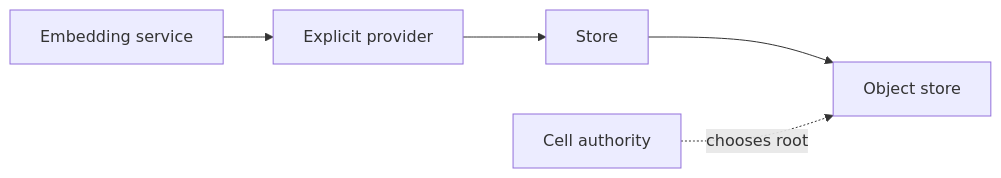
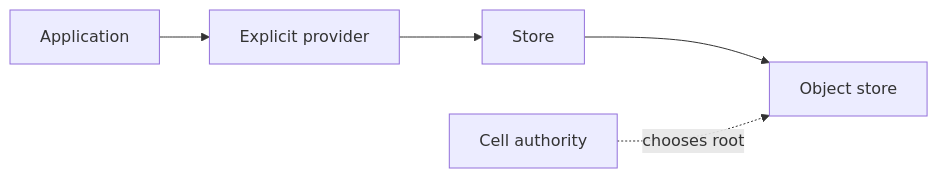
The diagram in crates/cellule-store/README.md (andypeng2015/cellule), drawn with Mermaid before and after one commit. The commit also changed 93 other files, not shown here.

````diff
--- a/crates/cellule-store/README.md
+++ b/crates/cellule-store/README.md
@@ -7,7 +7,7 @@
 ```mermaid
 flowchart LR
-    Product[Embedding service] --> Provider[Explicit provider]
+    Product[Application] --> Provider[Explicit provider]
     Provider --> Store[Store]
     Store --> Object[Object store]
     Runtime[Cell authority] -. chooses root .-> Object
 ```
````
